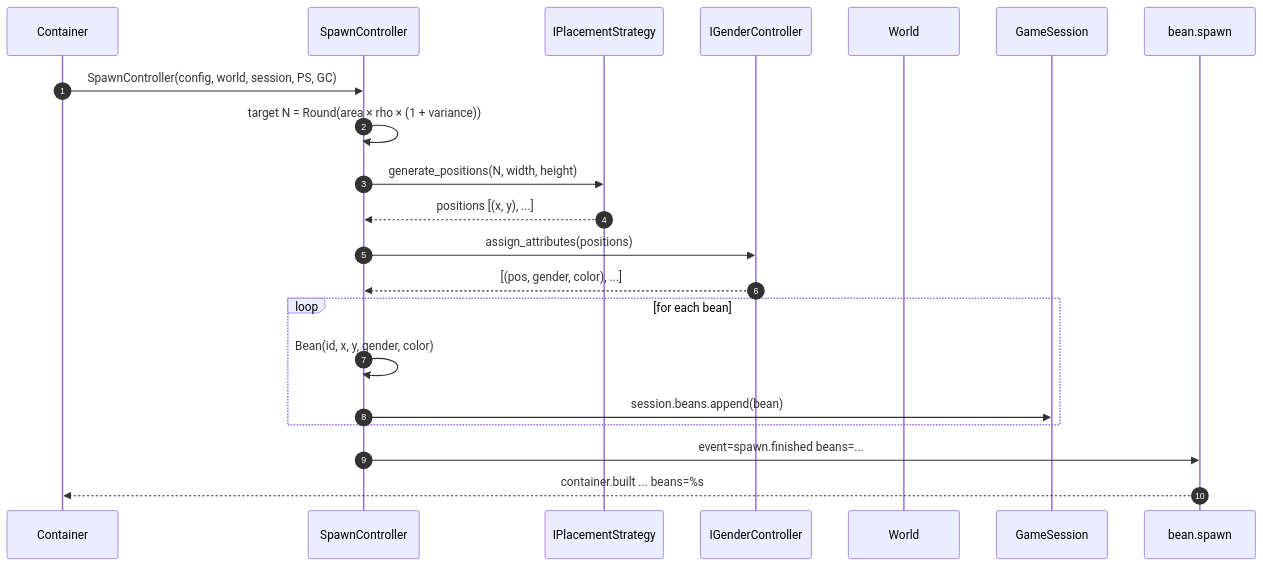
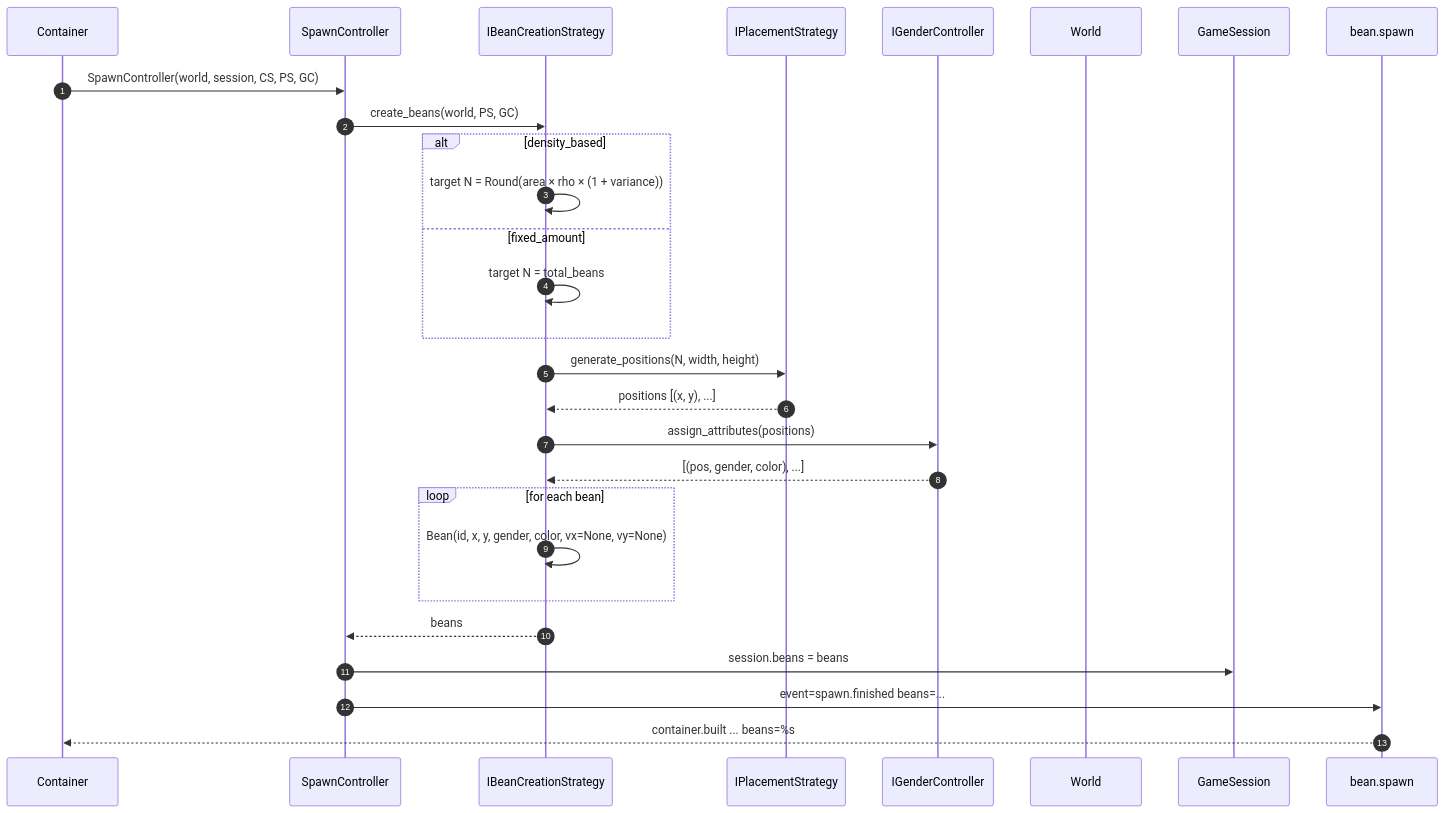
The third of 10 diagrams in diagrams.md (m-rossini/bns), drawn with Mermaid before and after one commit. The commit also changed other lines of this file and 18 other files, not shown here.

First line of the commit message:
feat(sim): bean creation strategies and straight-line movement

````diff
--- a/diagrams.md
+++ b/diagrams.md
@@ -437,24 +478,31 @@
 ```mermaid
 sequenceDiagram
     autonumber
     participant C as Container
     participant SC as SpawnController
+    participant CS as IBeanCreationStrategy
     participant PS as IPlacementStrategy
     participant GC as IGenderController
     participant W as World
     participant Sess as GameSession
     participant Log as bean.spawn
 
-    C->>SC: SpawnController(config, world, session, PS, GC)
-    SC->>SC: target N = Round(area × rho × (1 + variance))
-    SC->>PS: generate_positions(N, width, height)
-    PS-->>SC: positions [(x, y), ...]
-    SC->>GC: assign_attributes(positions)
-    GC-->>SC: [(pos, gender, color), ...]
+    C->>SC: SpawnController(world, session, CS, PS, GC)
+    SC->>CS: create_beans(world, PS, GC)
+    alt density_based
+        CS->>CS: target N = Round(area × rho × (1 + variance))
+    else fixed_amount
+        CS->>CS: target N = total_beans
+    end
+    CS->>PS: generate_positions(N, width, height)
+    PS-->>CS: positions [(x, y), ...]
+    CS->>GC: assign_attributes(positions)
+    GC-->>CS: [(pos, gender, color), ...]
     loop for each bean
-        SC->>SC: Bean(id, x, y, gender, color)
-        SC->>Sess: session.beans.append(bean)
+        CS->>CS: Bean(id, x, y, gender, color, vx=None, vy=None)
     end
+    CS-->>SC: beans
+    SC->>Sess: session.beans = beans
     SC->>Log: event=spawn.finished beans=...
     Log-->>C: container.built ... beans=%s
 ```
````
